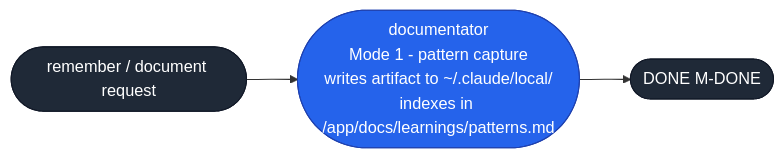
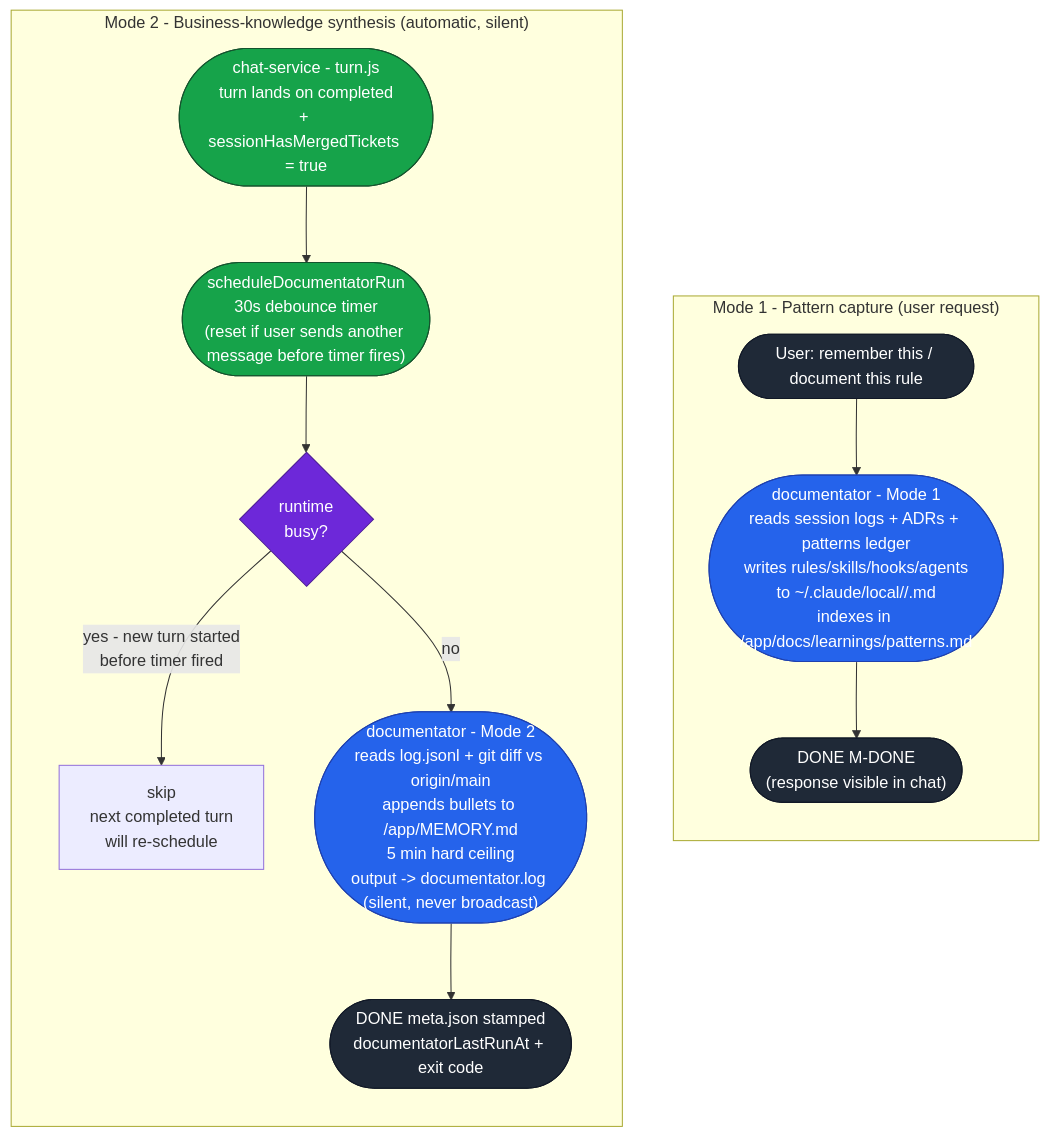
One commit to marmelab/crm-builder changed the sixth of 10 diagrams in docs/agents-diagram.md. Above: the diagram before and after it, drawn with Mermaid. The commit also changed other lines of this file, not shown here.

Commit message:
Second pass diagram

````diff
--- a/docs/agents-diagram.md
+++ b/docs/agents-diagram.md
@@ -153,10 +151,28 @@
 ```mermaid
-flowchart LR
- 
+flowchart TD
+
     classDef agent fill:#2563EB,stroke:#1E40AF,color:#fff
+    classDef decision fill:#6D28D9,stroke:#4C1D95,color:#fff
     classDef terminal fill:#1F2937,stroke:#111827,color:#fff
+    classDef svc fill:#16A34A,stroke:#14532D,color:#fff
 
-    START(["remember / document request"]):::terminal
- START --> DOC(["documentator\nMode 1 - pattern capture\nwrites artifact to ~/.claude/local/\nindexes in /app/docs/learnings/patterns.md"]):::agent
- DOC --> DONE(["DONE M-DONE"]):::terminal
+    subgraph MODE1 ["Mode 1 - Pattern capture (user request)"]
+        direction TB
+        U1([User: remember this / document this rule]):::terminal
+        D1(["documentator - Mode 1\nreads session logs + ADRs + patterns ledger\nwrites rules/skills/hooks/agents\nto ~/.claude/local/<type>/<slug>.md\nindexes in /app/docs/learnings/patterns.md"]):::agent
+        DONE1(["DONE M-DONE\n(response visible in chat)"]):::terminal
+        U1 --> D1 --> DONE1
+    end
+
+    subgraph MODE2 ["Mode 2 - Business-knowledge synthesis (automatic, silent)"]
+        direction TB
+        T1(["chat-service - turn.js\nturn lands on completed\n+ sessionHasMergedTickets = true"]):::svc
+        T2(["scheduleDocumentatorRun\n30s debounce timer\n(reset if user sends another message before timer fires)"]):::svc
+        BUSY{runtime\nbusy?}:::decision
+        T3(["documentator - Mode 2\nreads log.jsonl + git diff vs origin/main\nappends bullets to /app/MEMORY.md\n5 min hard ceiling\noutput -> documentator.log (silent, never broadcast)"]):::agent
+        DONE2(["DONE meta.json stamped\ndocumentatorLastRunAt + exit code"]):::terminal
+        T1 --> T2 --> BUSY
+        BUSY -->|"yes - new turn started\nbefore timer fired"| SKIP2["skip\nnext completed turn\nwill re-schedule"]
+        BUSY -->|no| T3 --> DONE2
+    end
 ```
````
